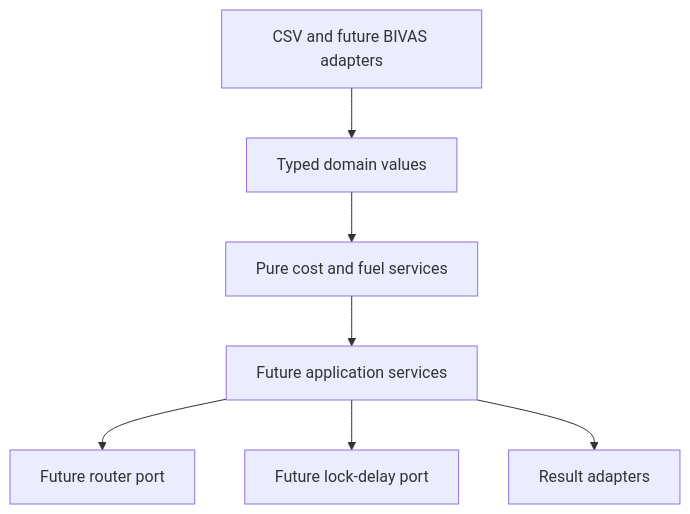
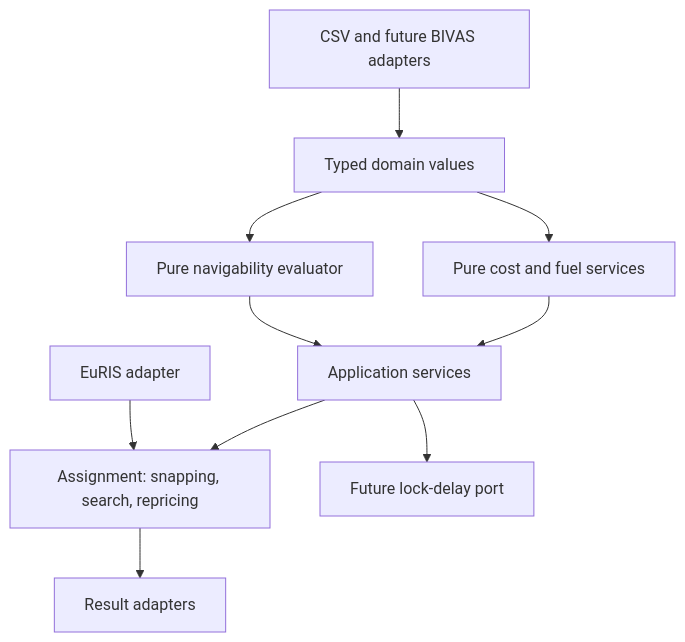
One commit to Deltares-research/iww-route-assignment changed the diagram in docs/architecture.md. Above: the diagram before and after it, drawn with Mermaid. The commit also changed other lines of this file and 66 other files, not shown here.

````diff
--- a/docs/architecture.md
+++ b/docs/architecture.md
@@ -18,9 +18,12 @@
 ```mermaid
 flowchart TD
     A[CSV and future BIVAS adapters] --> B[Typed domain values]
     B --> C[Pure cost and fuel services]
-    C --> D[Future application services]
-    D --> E[Future router port]
+    B --> N[Pure navigability evaluator]
+    C --> D[Application services]
+    N --> D
+    D --> E[Assignment: snapping, search, repricing]
     D --> F[Future lock-delay port]
-    D --> G[Result adapters]
+    E --> G[Result adapters]
+    H[EuRIS adapter] --> E
 ```
````
